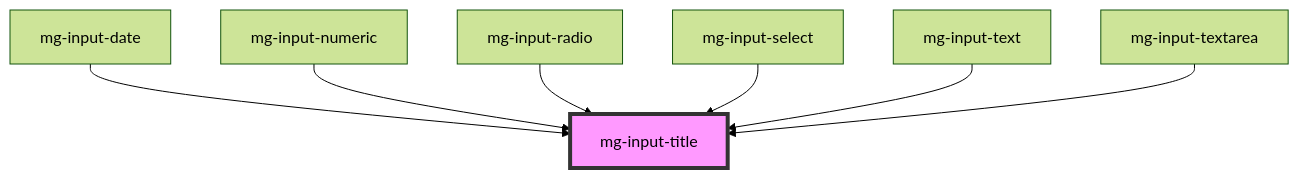
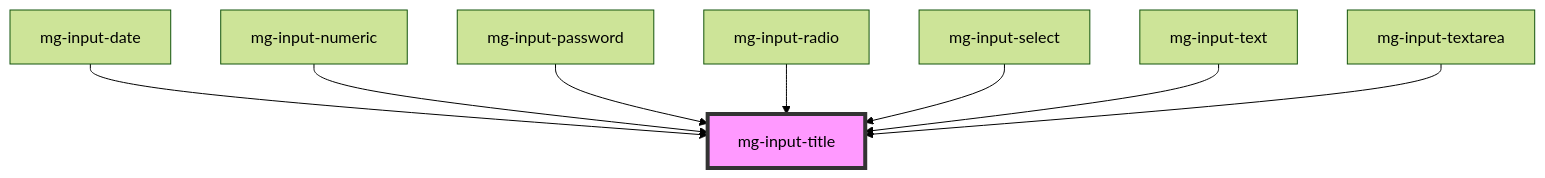
The diagram in src/components/atoms/mg-input-title/readme.md (MGDIS/mg-components), drawn with Mermaid (forest theme) before and after one commit. The commit also changed other lines of this file and 43 other files, not shown here.

First line of the commit message:
feat(mg-input-password): add molecule

````diff
--- a/src/components/atoms/mg-input-title/readme.md
+++ b/src/components/atoms/mg-input-title/readme.md
@@ -27,10 +28,11 @@
 ```mermaid
 graph TD;
   mg-input-date --> mg-input-title
   mg-input-numeric --> mg-input-title
+  mg-input-password --> mg-input-title
   mg-input-radio --> mg-input-title
   mg-input-select --> mg-input-title
   mg-input-text --> mg-input-title
   mg-input-textarea --> mg-input-title
   style mg-input-title fill:#f9f,stroke:#333,stroke-width:4px
 ```
````
